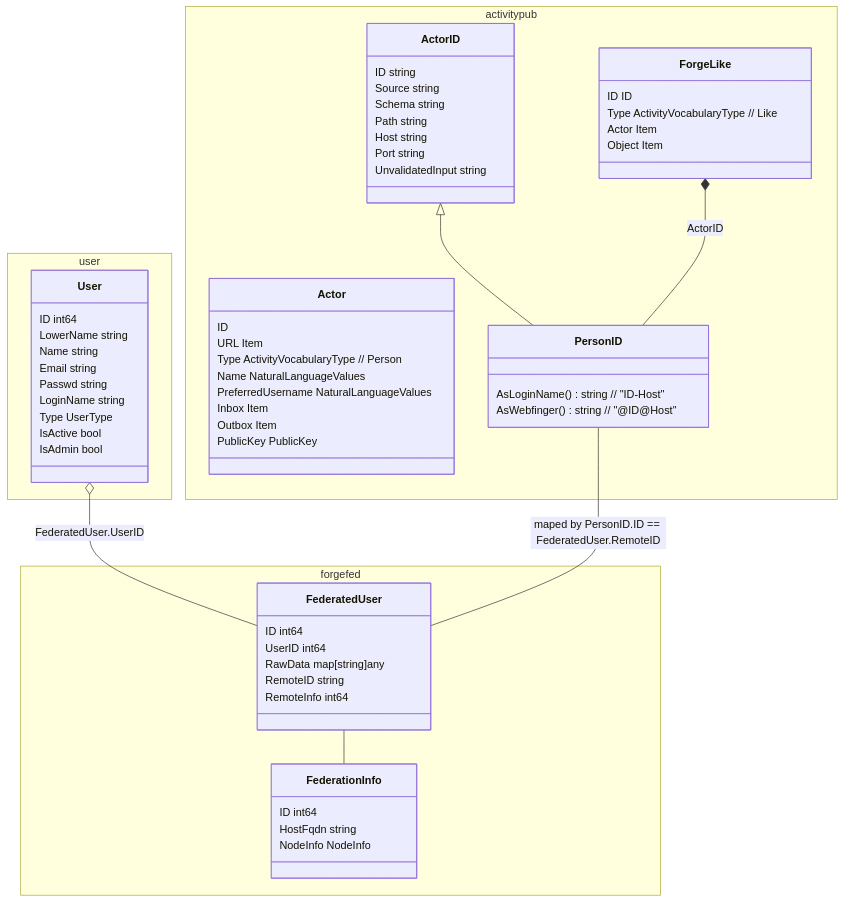
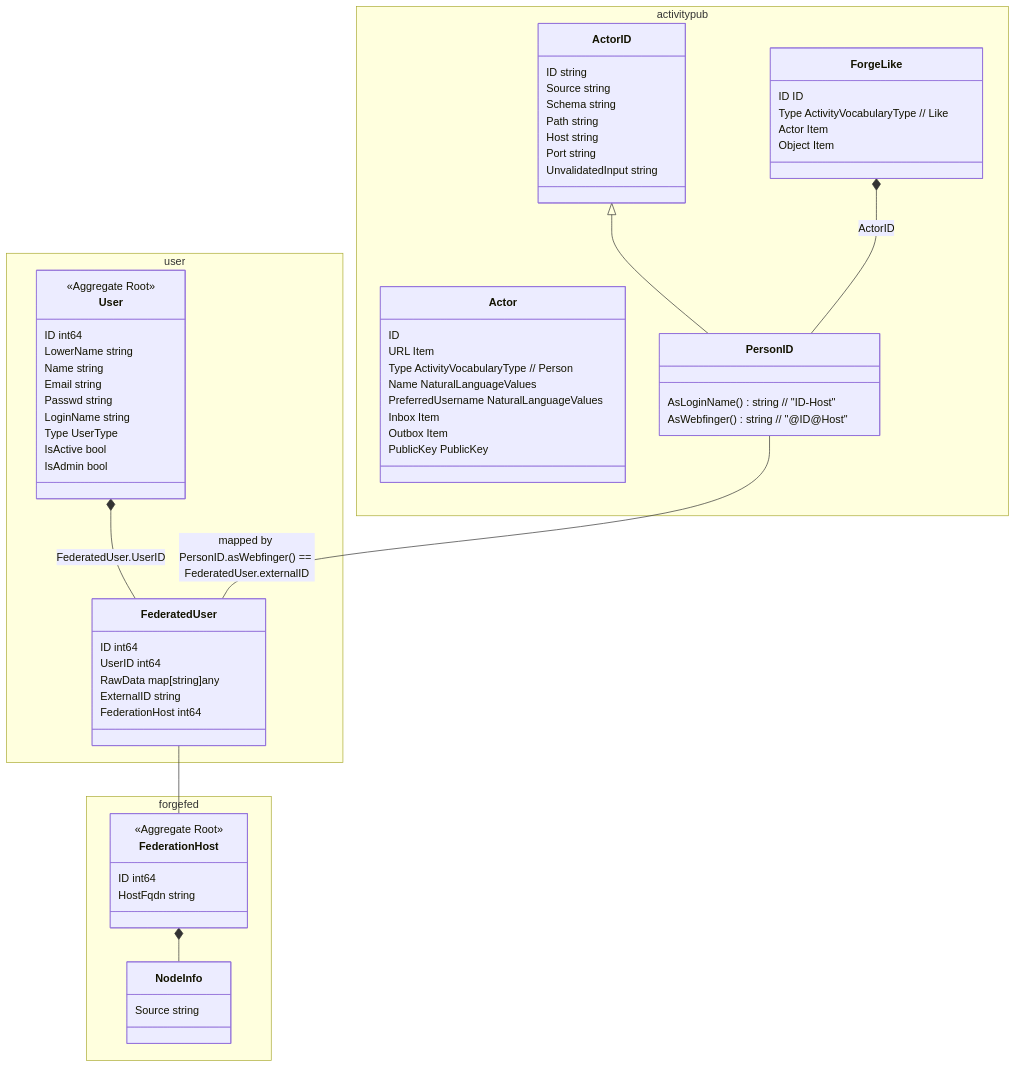
Before and after one commit to yonasBSD/forgejo: the third of 4 diagrams in docs/unsure-where-to-put/adr-map-federated-person.md, drawn with Mermaid. The commit also changed other lines of this file, not shown here.

Commit message:
proposals for federatedPerson Mapping

````diff
--- a/docs/unsure-where-to-put/adr-map-federated-person.md
+++ b/docs/unsure-where-to-put/adr-map-federated-person.md
@@ -165,70 +204,79 @@
 ```mermaid
 classDiagram
   namespace activitypub {
     class ForgeLike {
       ID ID
       Type ActivityVocabularyType // Like
       Actor Item
       Object Item
     }
     class Actor {
       ID
       URL Item
       Type ActivityVocabularyType // Person
       Name NaturalLanguageValues
       PreferredUsername NaturalLanguageValues
       Inbox Item
       Outbox Item
       PublicKey PublicKey
     }
     class ActorID {
       ID               string
       Source           string
       Schema           string
       Path             string
       Host             string
       Port             string
       UnvalidatedInput string
     }
     class PersonID {
       AsLoginName() string // "ID-Host"
       AsWebfinger() string // "@ID@Host"
     }
   }
 
   ActorID <|-- PersonID
   ForgeLike *-- PersonID: ActorID
 
   namespace user {
     class User {
+      <<Aggregate Root>>
       ID        int64
       LowerName string
       Name      string
       Email     string
       Passwd    string
       LoginName   string
       Type        UserType
       IsActive bool
       IsAdmin bool
     }
-  }
 
-  namespace forgefed {
     class FederatedUser {
       ID         int64
       UserID     int64
       RawData    map[string]any
-      RemoteID   string
-      RemoteInfo int64
+      ExternalID   string
+      FederationHost int64
     }
-    class FederationInfo {
+  }
+  User *-- FederatedUser: FederatedUser.UserID
+  PersonID -- FederatedUser : mapped by PersonID.asWebfinger() == FederatedUser.externalID
+
+  namespace forgefed {
+    
+    class FederationHost {
+      <<Aggregate Root>>
       ID int64
       HostFqdn string
-      NodeInfo NodeInfo
+    }
+
+    class NodeInfo {
+      Source string
     }
   }
+  FederationHost *-- NodeInfo
+  FederatedUser -- FederationHost
 
-  User o-- FederatedUser: FederatedUser.UserID
-  FederatedUser -- FederationInfo
-  PersonID -- FederatedUser : maped by PersonID.ID == FederatedUser.RemoteID
+ 
 ```
````
